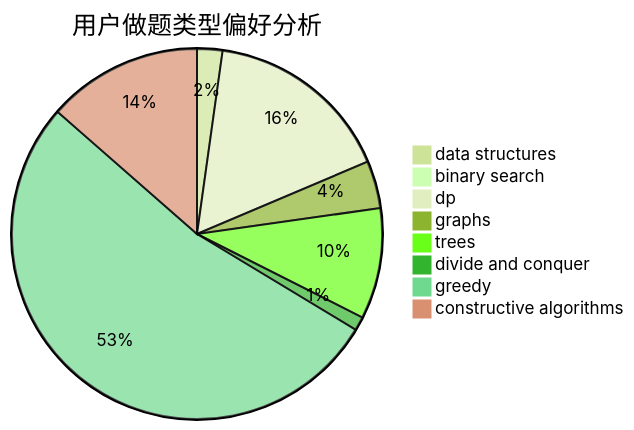
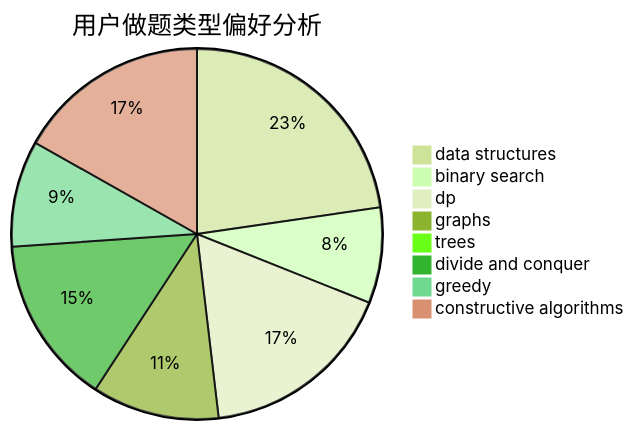
The second of 3 diagrams in docs/user/u2580.md (sherpahu/cfrs.github.io), drawn with Mermaid (forest theme) before and after one commit. The commit also changed other lines of this file and 2770 other files, not shown here.

````diff
--- a/docs/user/u2580.md
+++ b/docs/user/u2580.md
@@ -23,11 +23,11 @@
 ```mermaid
 pie title 用户做题类型偏好分析
-    "data structures" :  24
-    "binary search" :  1
-    "dp" :  178
-    "graphs" :  45
-    "trees" :  105
-    "divide and conquer" :  13
-    "greedy" :  573
-    "constructive algorithms" :  147
+    "data structures" :  340
+    "binary search" :  125
+    "dp" :  256
+    "graphs" :  166
+    "trees" :  0
+    "divide and conquer" :  220
+    "greedy" :  139
+    "constructive algorithms" :  252
 ```
````
